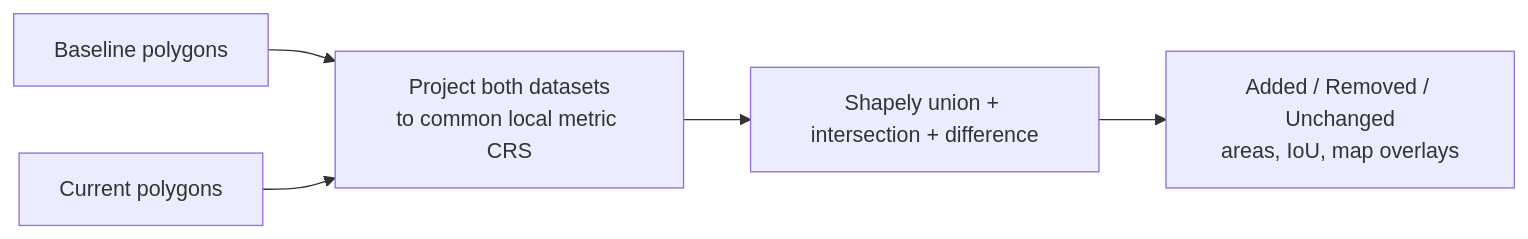
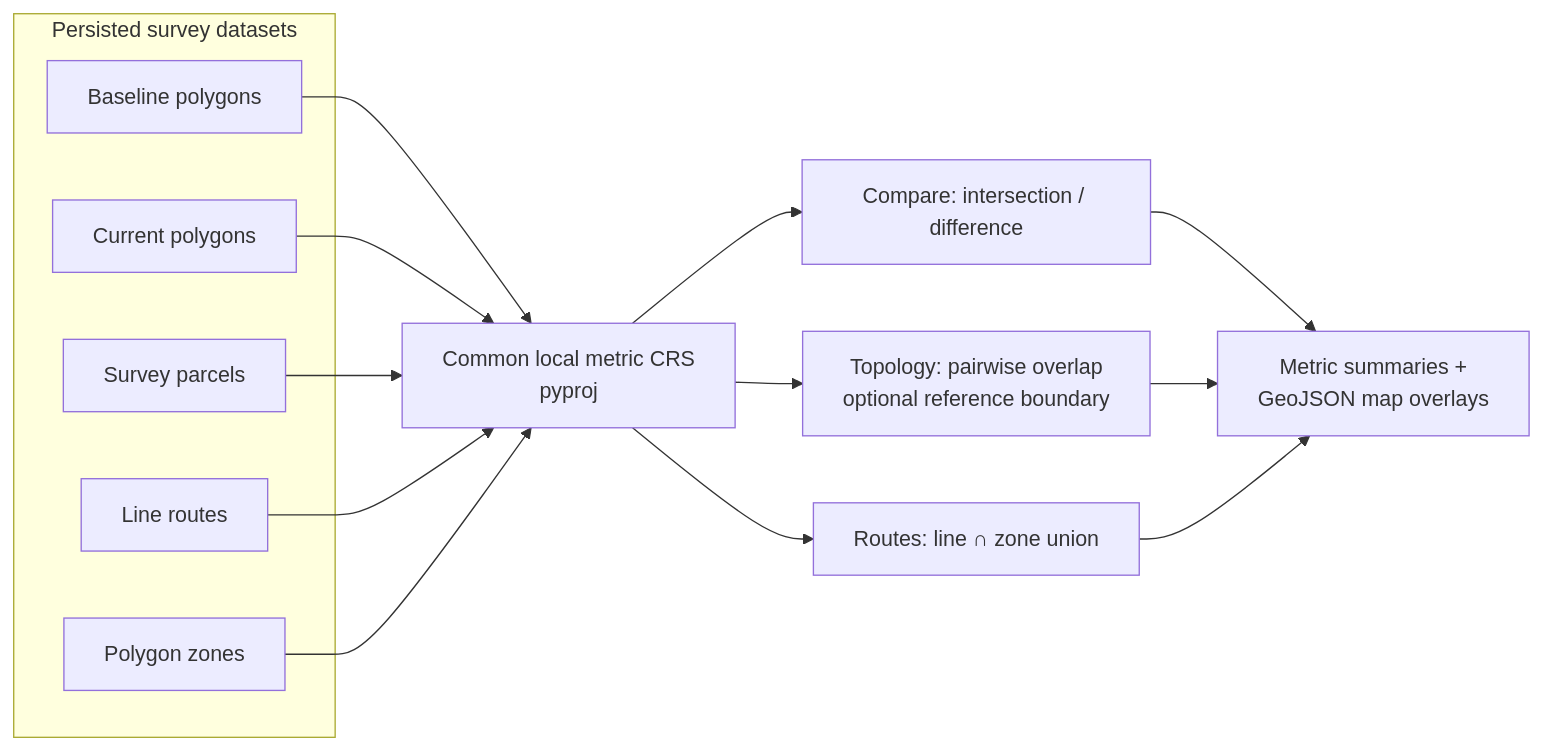
One commit to dhanushgowdars/Spatial-Asset-Management-Platform changed the fourth of 4 diagrams in README.md. Above: the diagram before and after it, drawn with Mermaid. The commit also changed other lines of this file and 8 other files, not shown here.

Commit message:
docs(aereo): showcase GeoInsight architecture and verified UI results

````diff
--- a/README.md
+++ b/README.md
@@ -462,7 +305,22 @@
 ```mermaid
 flowchart LR
-  B["Baseline polygons"] --> P["Project both datasets<br/>to common local metric CRS"]
-  C["Current polygons"] --> P
-  P --> U["Shapely union + intersection + difference"]
-  U --> R["Added / Removed / Unchanged<br/>areas, IoU, map overlays"]
+    subgraph INPUT["Persisted survey datasets"]
+        BASE[Baseline polygons]
+        CURR[Current polygons]
+        PARCEL[Survey parcels]
+        ROUTE[Line routes]
+        ZONE[Polygon zones]
+    end
+    PROJECT["Common local metric CRS<br/>pyproj"]
+    BASE --> PROJECT
+    CURR --> PROJECT
+    PARCEL --> PROJECT
+    ROUTE --> PROJECT
+    ZONE --> PROJECT
+    PROJECT --> COMP["Compare: intersection / difference"]
+    PROJECT --> TOPO["Topology: pairwise overlap<br/>optional reference boundary"]
+    PROJECT --> CLIP["Routes: line ∩ zone union"]
+    COMP --> MAP["Metric summaries +<br/>GeoJSON map overlays"]
+    TOPO --> MAP
+    CLIP --> MAP
 ```
````
